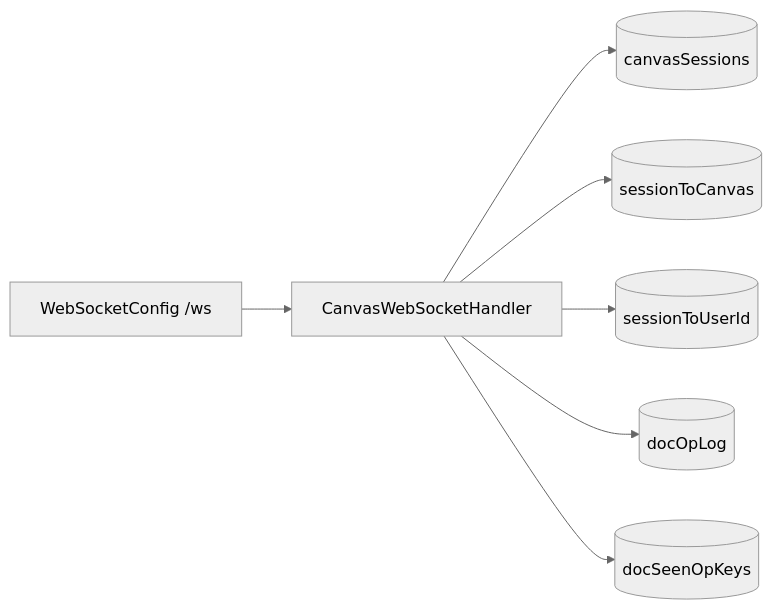
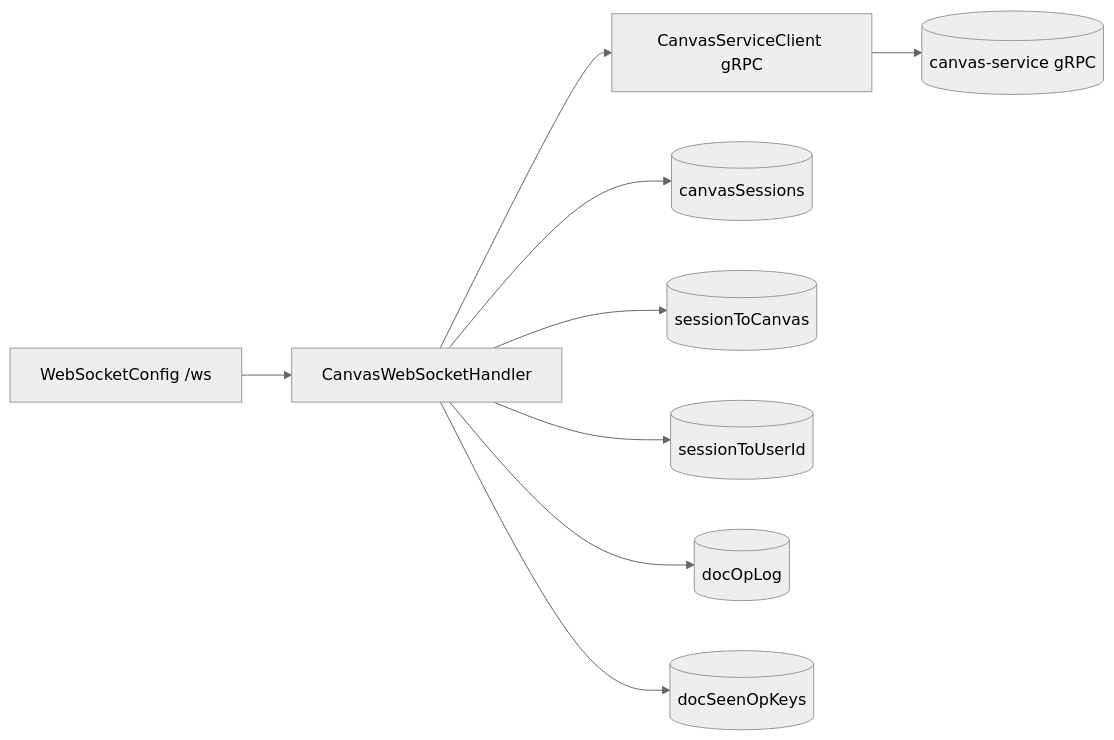
The fifth of 6 diagrams in docs/backend/architecture/components.md (FuJacob/leetdoodle), drawn with Mermaid (neutral theme) before and after one commit. The commit also changed other lines of this file and 16 other files, not shown here.

Commit message:
feat(canvas): integrate gRPC for durable canvas operations and update documentation

````diff
--- a/docs/backend/architecture/components.md
+++ b/docs/backend/architecture/components.md
@@ -114,17 +117,21 @@
 ```mermaid
 flowchart LR
     WSC[WebSocketConfig /ws]
     CWH[CanvasWebSocketHandler]
+    CSC[CanvasServiceClient gRPC]
     CSR[(canvasSessions)]
     S2C[(sessionToCanvas)]
     S2U[(sessionToUserId)]
     OPL[(docOpLog)]
     SEEN[(docSeenOpKeys)]
+    CAN[(canvas-service gRPC)]
 
     WSC --> CWH
+    CWH --> CSC
     CWH --> CSR
     CWH --> S2C
     CWH --> S2U
     CWH --> OPL
     CWH --> SEEN
+    CSC --> CAN
 ```
````
